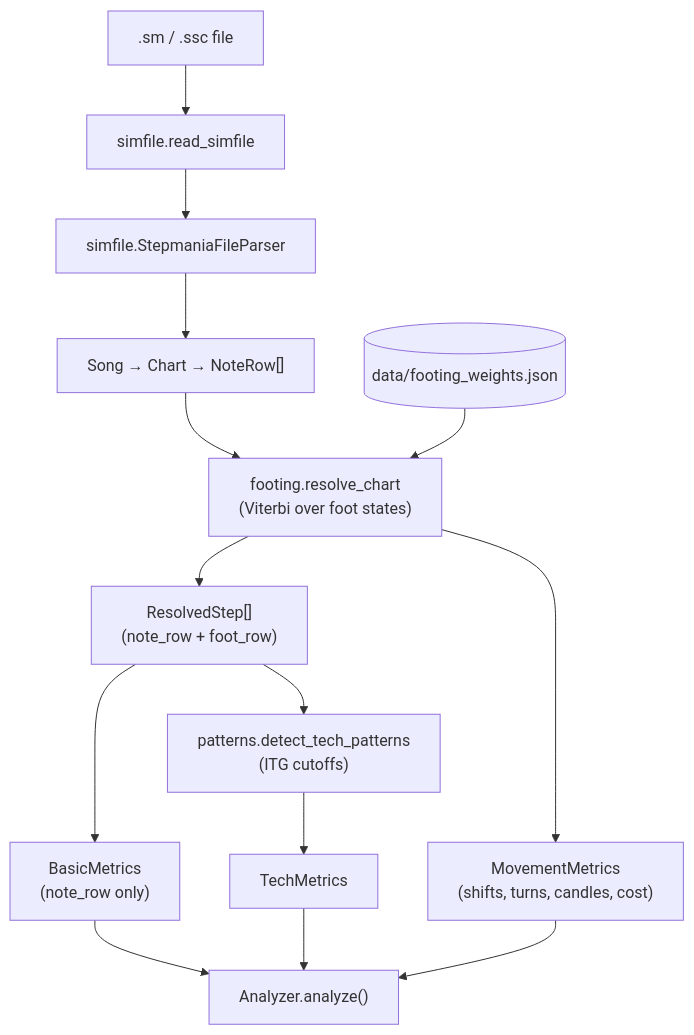
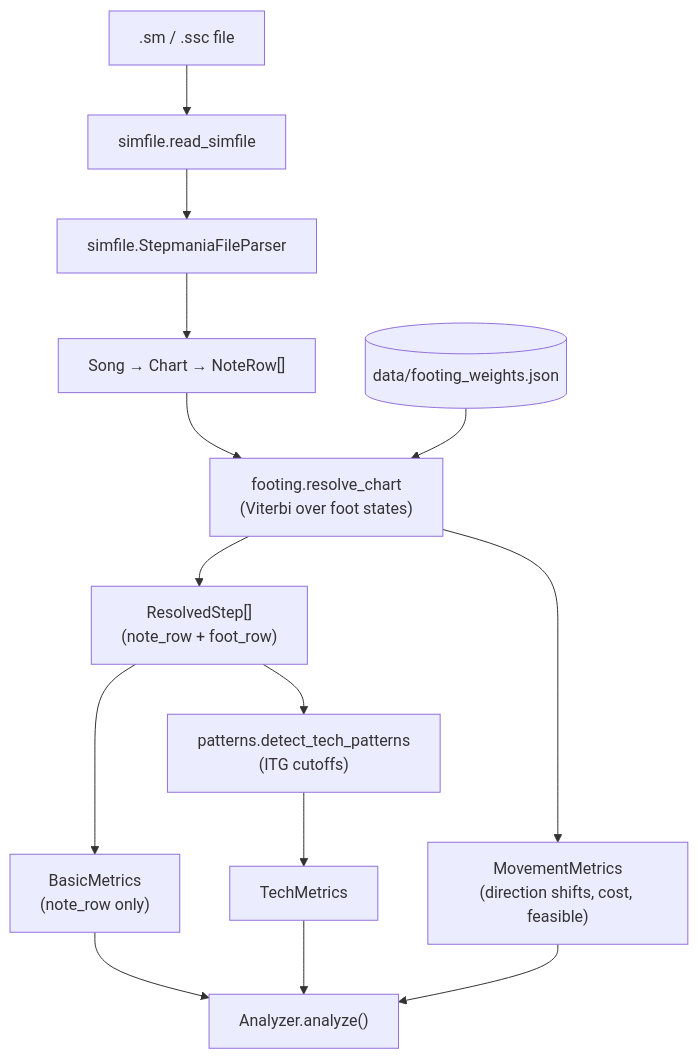
One commit to brandonabear/patternity changed the diagram in docs/architecture.md. Above: the diagram before and after it, drawn with Mermaid. The commit also changed other lines of this file and 17 other files, not shown here.

````diff
--- a/docs/architecture.md
+++ b/docs/architecture.md
@@ -5,16 +5,16 @@
 ```mermaid
 flowchart TD
     file[".sm / .ssc file"] --> reader["simfile.read_simfile"]
     reader --> parser["simfile.StepmaniaFileParser"]
     parser --> song["Song → Chart → NoteRow[]"]
     song --> footing["footing.resolve_chart<br/>(Viterbi over foot states)"]
     weights[("data/footing_weights.json")] --> footing
     footing --> steps["ResolvedStep[]<br/>(note_row + foot_row)"]
     steps --> basic["BasicMetrics<br/>(note_row only)"]
     steps --> detector["patterns.detect_tech_patterns<br/>(ITG cutoffs)"]
-    footing --> movement["MovementMetrics<br/>(shifts, turns, candles, cost)"]
+    footing --> movement["MovementMetrics<br/>(direction shifts, cost, feasible)"]
     detector --> tech["TechMetrics"]
     basic --> report["Analyzer.analyze()"]
     tech --> report
     movement --> report
 ```
````
